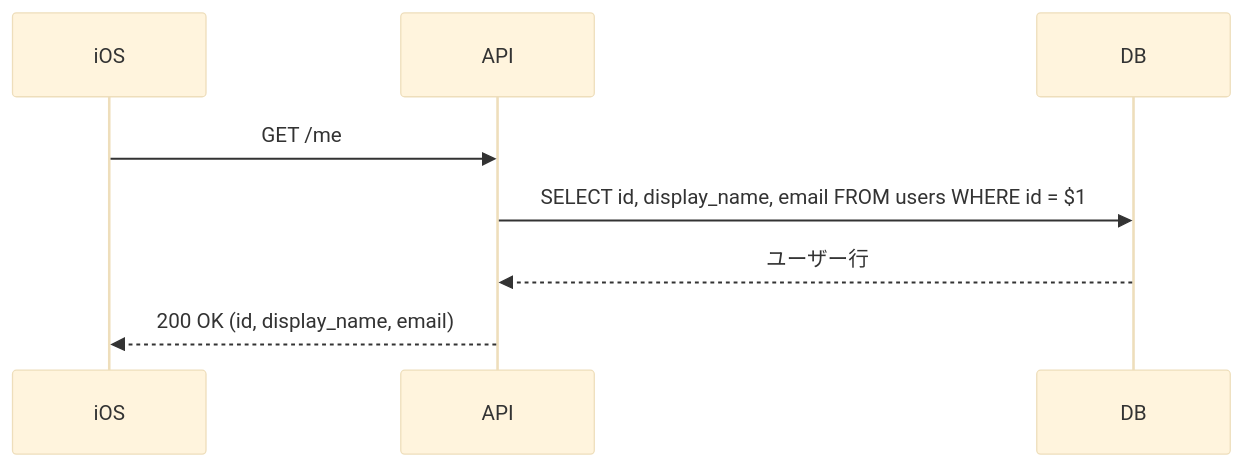
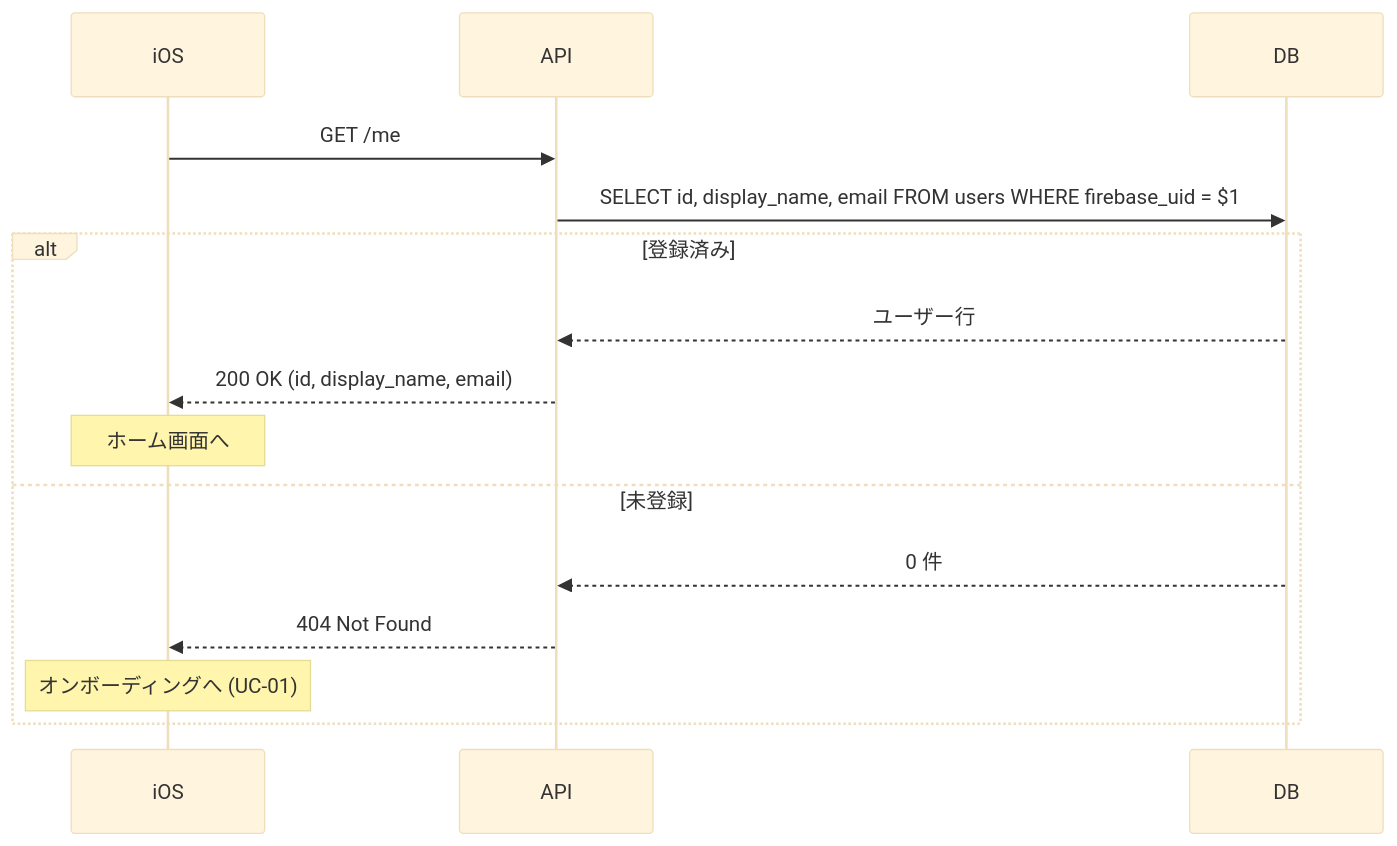
One commit to sawakishuto/himasoku-go changed the fourth of 4 diagrams in docs/usecases/onboarding.md. Above: the diagram before and after it, drawn with Mermaid (base theme). The commit also changed other lines of this file and 1 other file, not shown here.

````diff
--- a/docs/usecases/onboarding.md
+++ b/docs/usecases/onboarding.md
@@ -140,11 +248,19 @@
 ```mermaid
 sequenceDiagram
     participant iOS
     participant API
     participant DB
 
     iOS->>API: GET /me
-    API->>DB: SELECT id, display_name, email FROM users WHERE id = $1
-    DB-->>API: ユーザー行
-    API-->>iOS: 200 OK (id, display_name, email)
+    API->>DB: SELECT id, display_name, email FROM users WHERE firebase_uid = $1
+
+    alt 登録済み
+        DB-->>API: ユーザー行
+        API-->>iOS: 200 OK (id, display_name, email)
+        Note over iOS: ホーム画面へ
+    else 未登録
+        DB-->>API: 0 件
+        API-->>iOS: 404 Not Found
+        Note over iOS: オンボーディングへ (UC-01)
+    end
 ```
````
